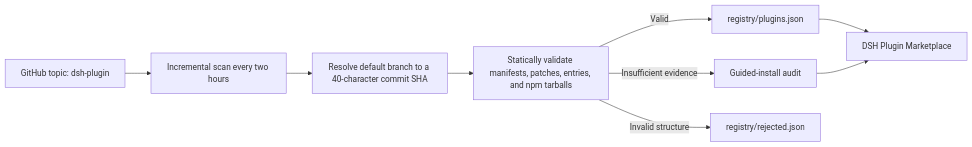
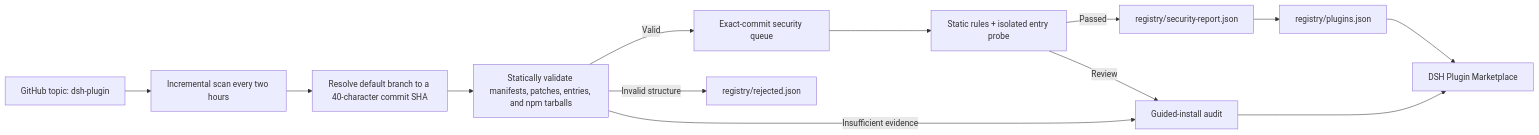
One commit to Q11071/dsh-plugin-marketplace changed the diagram in README.en.md. Above: the diagram before and after it, drawn with Mermaid. The commit also changed other lines of this file and 22 other files, not shown here.

Commit message:
feat(security): verify exact plugin commits

````diff
--- a/README.en.md
+++ b/README.en.md
@@ -154,11 +156,15 @@
 ```mermaid
 flowchart LR
     A["GitHub topic: dsh-plugin"] --> B["Incremental scan every two hours"]
     B --> C["Resolve default branch to a 40-character commit SHA"]
     C --> D["Statically validate manifests, patches, entries, and npm tarballs"]
-    D -->|"Valid"| E["registry/plugins.json"]
+    D -->|"Valid"| E["Exact-commit security queue"]
+    E --> I["Static rules + isolated entry probe"]
+    I -->|"Passed"| J["registry/security-report.json"]
+    I -->|"Review"| F
+    J --> K["registry/plugins.json"]
     D -->|"Insufficient evidence"| F["Guided-install audit"]
     D -->|"Invalid structure"| G["registry/rejected.json"]
-    E --> H["DSH Plugin Marketplace"]
+    K --> H["DSH Plugin Marketplace"]
     F --> H
 ```
````
